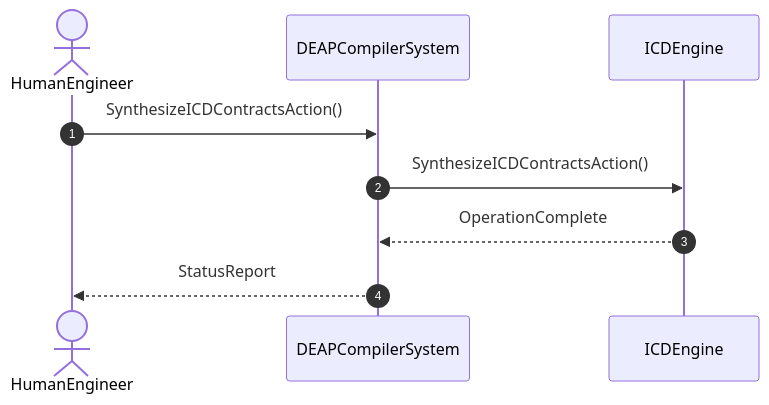
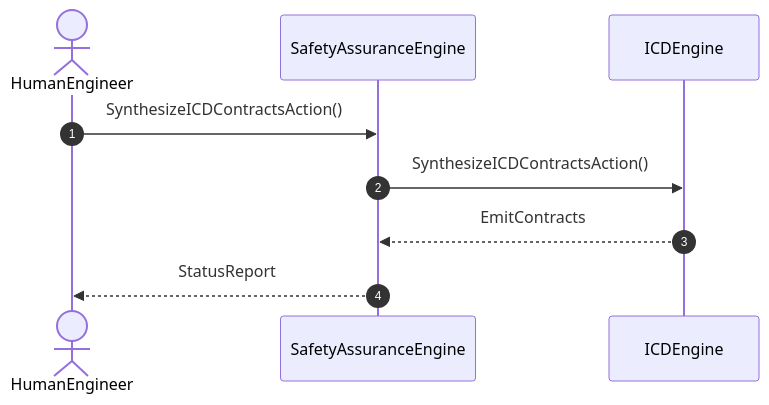
Before and after one commit to gintatkinson/dumpiler-01: the diagram in docs/user-stories/US-08-SynthesizeICDContractsAction.md, drawn with Mermaid. The commit also changed other lines of this file and 45 other files, not shown here.

````diff
--- a/docs/user-stories/US-08-SynthesizeICDContractsAction.md
+++ b/docs/user-stories/US-08-SynthesizeICDContractsAction.md
@@ -16,11 +16,11 @@
 ```mermaid
 sequenceDiagram
     autonumber
     actor HumanEngineer
-    participant DEAPCompilerSystem
+    participant SafetyAssuranceEngine
     participant ICDEngine
-    HumanEngineer->>DEAPCompilerSystem: SynthesizeICDContractsAction()
-    DEAPCompilerSystem->>ICDEngine: SynthesizeICDContractsAction()
-    ICDEngine-->>DEAPCompilerSystem: OperationComplete
-    DEAPCompilerSystem-->>HumanEngineer: StatusReport
+    HumanEngineer->>SafetyAssuranceEngine: SynthesizeICDContractsAction()
+    SafetyAssuranceEngine->>ICDEngine: SynthesizeICDContractsAction()
+    ICDEngine-->>SafetyAssuranceEngine: EmitContracts
+    SafetyAssuranceEngine-->>HumanEngineer: StatusReport
 ```
````
